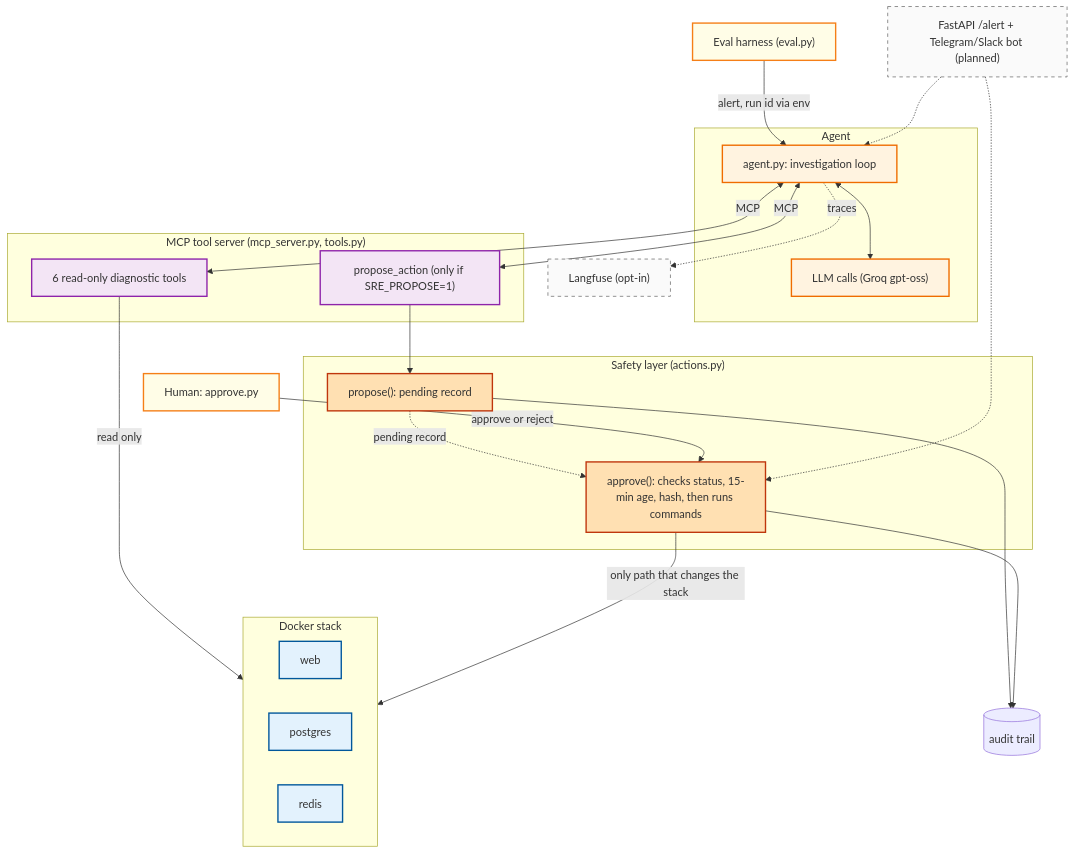
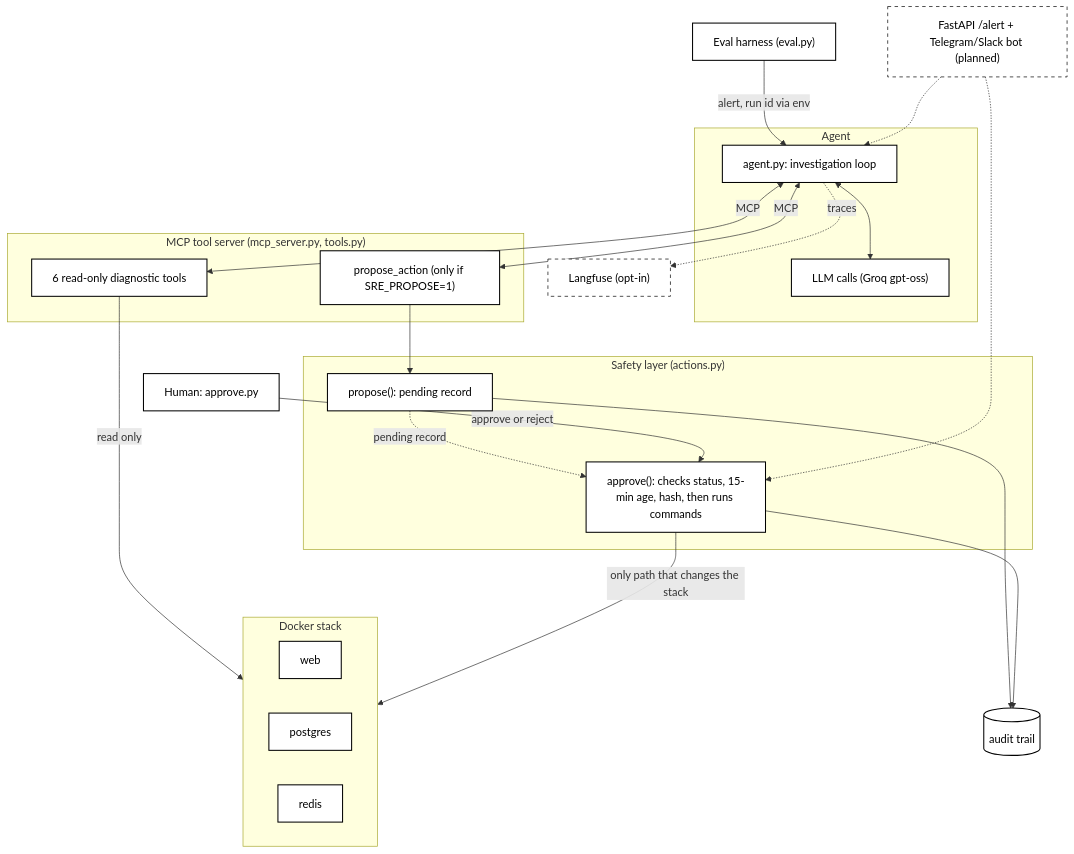
The diagram in README.md (AkshatforGithub/Pagerless), drawn with Mermaid before and after one commit.

Commit message:
Update Mermaid diagram styles in README.md

````diff
--- a/README.md
+++ b/README.md
@@ -39,52 +39,52 @@
 ```mermaid
 graph TD
-  classDef agent fill:#fff3e0,stroke:#ef6c00,stroke-width:2px
-  classDef tools fill:#f3e5f5,stroke:#8e24aa,stroke-width:2px
-  classDef safety fill:#ffe0b2,stroke:#bf360c,stroke-width:2px
-  classDef docker fill:#e3f2fd,stroke:#01579b,stroke-width:2px
-  classDef human fill:#fffde7,stroke:#f57f17,stroke-width:2px
-  classDef planned fill:#fafafa,stroke:#616161,stroke-width:1px,stroke-dasharray:5 5
+  classDef agent fill:#ffffff,stroke:#000000,color:#000000,stroke-width:1.5px
+  classDef tools fill:#ffffff,stroke:#000000,color:#000000,stroke-width:1.5px
+  classDef safety fill:#ffffff,stroke:#000000,color:#000000,stroke-width:1.5px
+  classDef docker fill:#ffffff,stroke:#000000,color:#000000,stroke-width:1.5px
+  classDef human fill:#ffffff,stroke:#000000,color:#000000,stroke-width:1.5px
+  classDef planned fill:#ffffff,stroke:#000000,color:#000000,stroke-width:1px,stroke-dasharray:5 5
 
   HARNESS["Eval harness (eval.py)"]:::human
   BOT["FastAPI /alert + Telegram/Slack bot (planned)"]:::planned
   LF["Langfuse (opt-in)"]:::planned
 
   subgraph AG["Agent"]
     AGENT["agent.py: investigation loop"]:::agent
     LLM["LLM calls (Groq gpt-oss)"]:::agent
   end
 
   subgraph MCP["MCP tool server (mcp_server.py, tools.py)"]
     RO["6 read-only diagnostic tools"]:::tools
     PA["propose_action (only if SRE_PROPOSE=1)"]:::tools
   end
 
   subgraph SAFE["Safety layer (actions.py)"]
     PROP["propose(): pending record"]:::safety
     APPR["approve(): checks status, 15-min age, hash, then runs commands"]:::safety
   end
 
   subgraph STACK["Docker stack"]
     WEB["web"]:::docker
     PG["postgres"]:::docker
     RD["redis"]:::docker
   end
 
   HUMAN["Human: approve.py"]:::human
-  AUDIT[("audit trail")]
+  AUDIT[("audit trail")]:::human
 
   HARNESS -->|"alert, run id via env"| AGENT
   AGENT <--> LLM
   AGENT <-->|MCP| RO
   AGENT <-->|MCP| PA
   RO -->|read only| STACK
   PA --> PROP
   PROP -.->|pending record| APPR
   HUMAN -->|approve or reject| APPR
   APPR -->|only path that changes the stack| STACK
   PROP --> AUDIT
   APPR --> AUDIT
   AGENT -.->|traces| LF
   BOT -.-> AGENT
   BOT -.-> APPR
 ```
````
